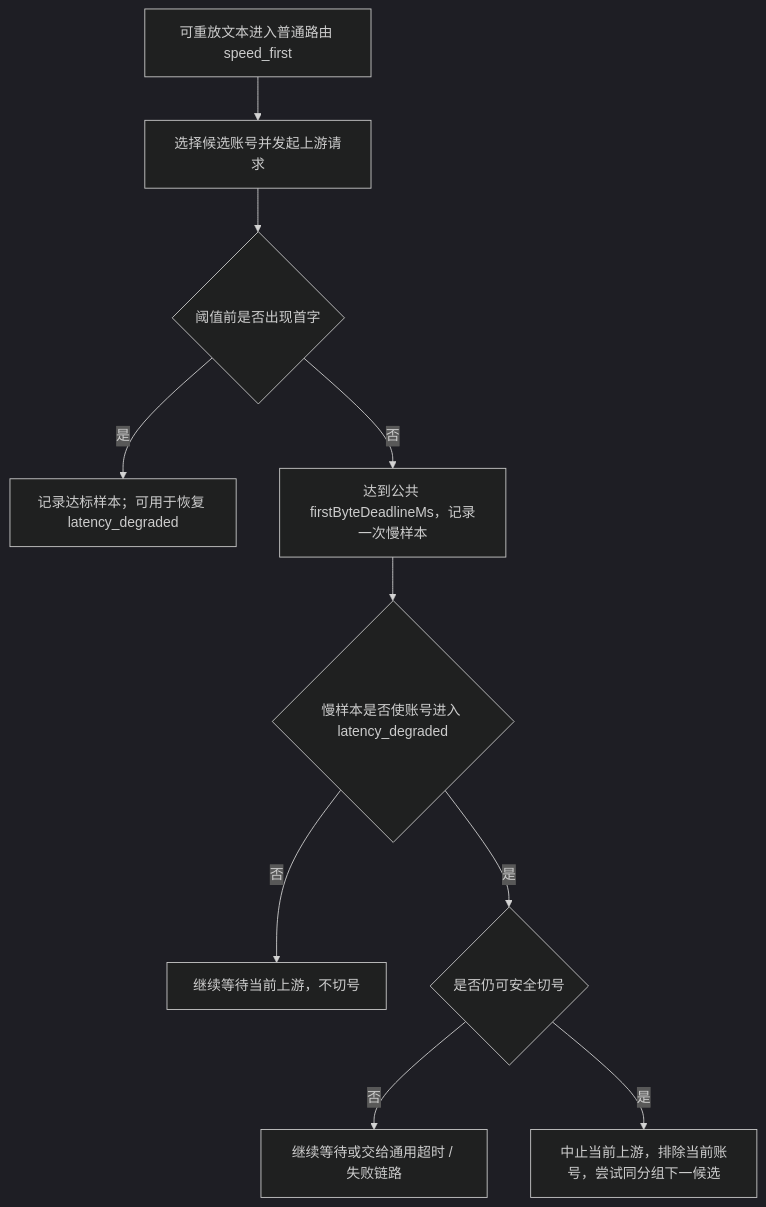
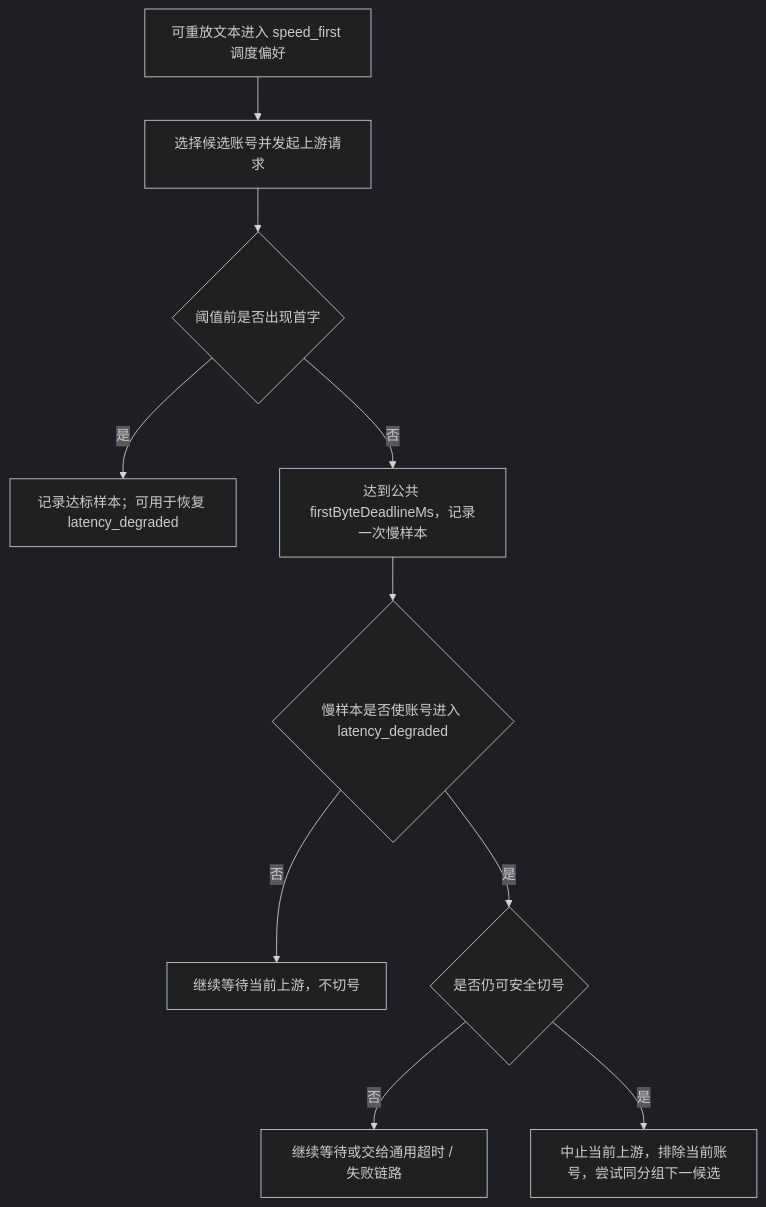
Before and after one commit to huanmin123/juhe-ai: the diagram in docs/functions/普通路由速度优先延迟切换设计.md, drawn with Mermaid (dark theme). The commit also changed other lines of this file and 300 other files, not shown here.

````diff
--- a/docs/functions/普通路由速度优先延迟切换设计.md
+++ b/docs/functions/普通路由速度优先延迟切换设计.md
@@ -42,12 +42,12 @@
 ```mermaid
 flowchart TD
-  A["可重放文本进入普通路由 speed_first"] --> D["选择候选账号并发起上游请求"]
+  A["可重放文本进入 speed_first 调度偏好"] --> D["选择候选账号并发起上游请求"]
   D --> E{"阈值前是否出现首字"}
   E -- "是" --> F["记录达标样本；可用于恢复 latency_degraded"]
   E -- "否" --> G["达到公共 firstByteDeadlineMs，记录一次慢样本"]
   G --> H{"慢样本是否使账号进入 latency_degraded"}
   H -- "否" --> I["继续等待当前上游，不切号"]
   H -- "是" --> J{"是否仍可安全切号"}
   J -- "否" --> K["继续等待或交给通用超时 / 失败链路"]
   J -- "是" --> L["中止当前上游，排除当前账号，尝试同分组下一候选"]
 ```
````
